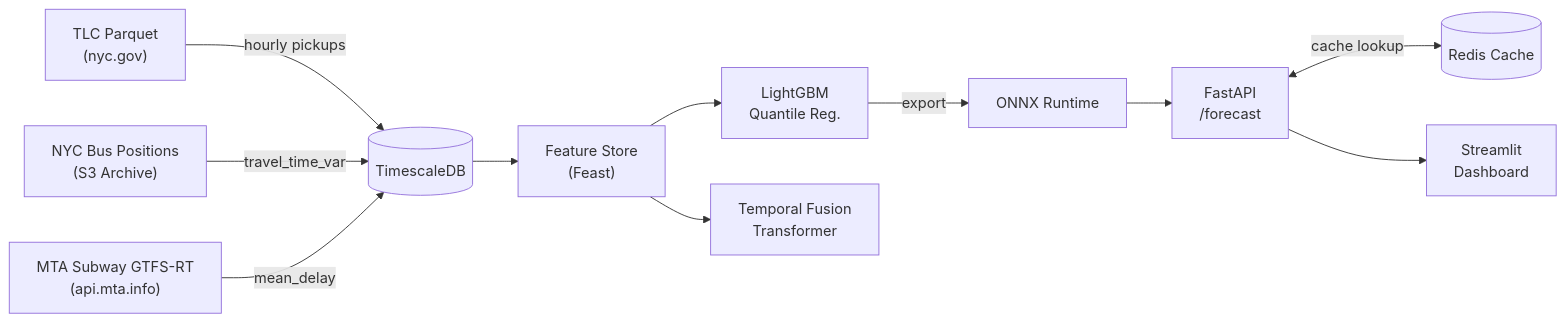
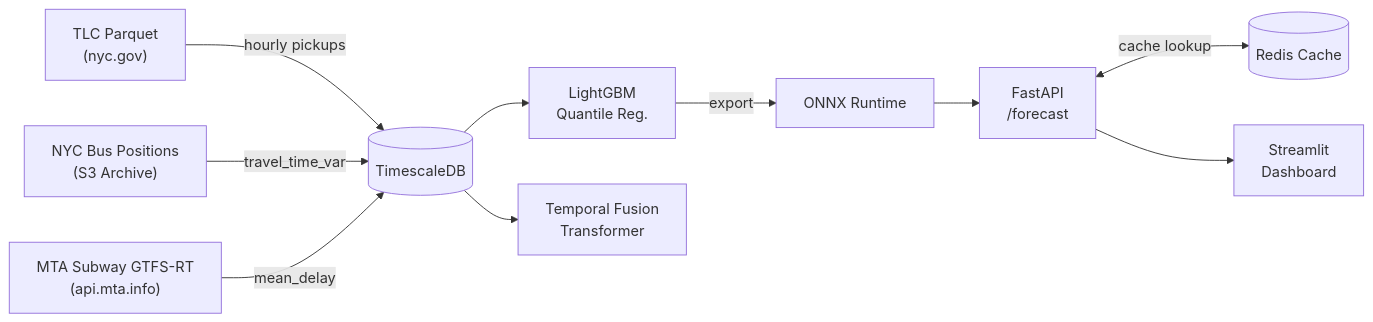
One commit to olveirap/pulsecast changed the diagram in README.md. Above: the diagram before and after it, drawn with Mermaid. The commit also changed 7 other files, not shown here.

First line of the commit message:
feat: remove Feast feature store in favor of direct-query architecture (#13) (#52)

````diff
--- a/README.md
+++ b/README.md
@@ -16,25 +16,23 @@
 ```mermaid
 flowchart LR
     TLC["TLC Parquet\n(nyc.gov)"]
     Bus["NYC Bus Positions\n(S3 Archive)"]
     Subway["MTA Subway GTFS-RT\n(api.mta.info)"]
     TSDB[("TimescaleDB")]
-    FS["Feature Store\n(Feast)"]
     LGBM["LightGBM\nQuantile Reg."]
     TFT["Temporal Fusion\nTransformer"]
     ONNX["ONNX Runtime"]
     API["FastAPI\n/forecast"]
     Redis[("Redis Cache")]
     Dash["Streamlit\nDashboard"]
 
     TLC -->|hourly pickups| TSDB
     Bus -->|travel_time_var| TSDB
     Subway -->|mean_delay| TSDB
-    TSDB --> FS
-    FS --> LGBM
-    FS --> TFT
+    TSDB --> LGBM
+    TSDB --> TFT
     LGBM -->|export| ONNX
     ONNX --> API
     API <-->|cache lookup| Redis
     API --> Dash
 ```
````
